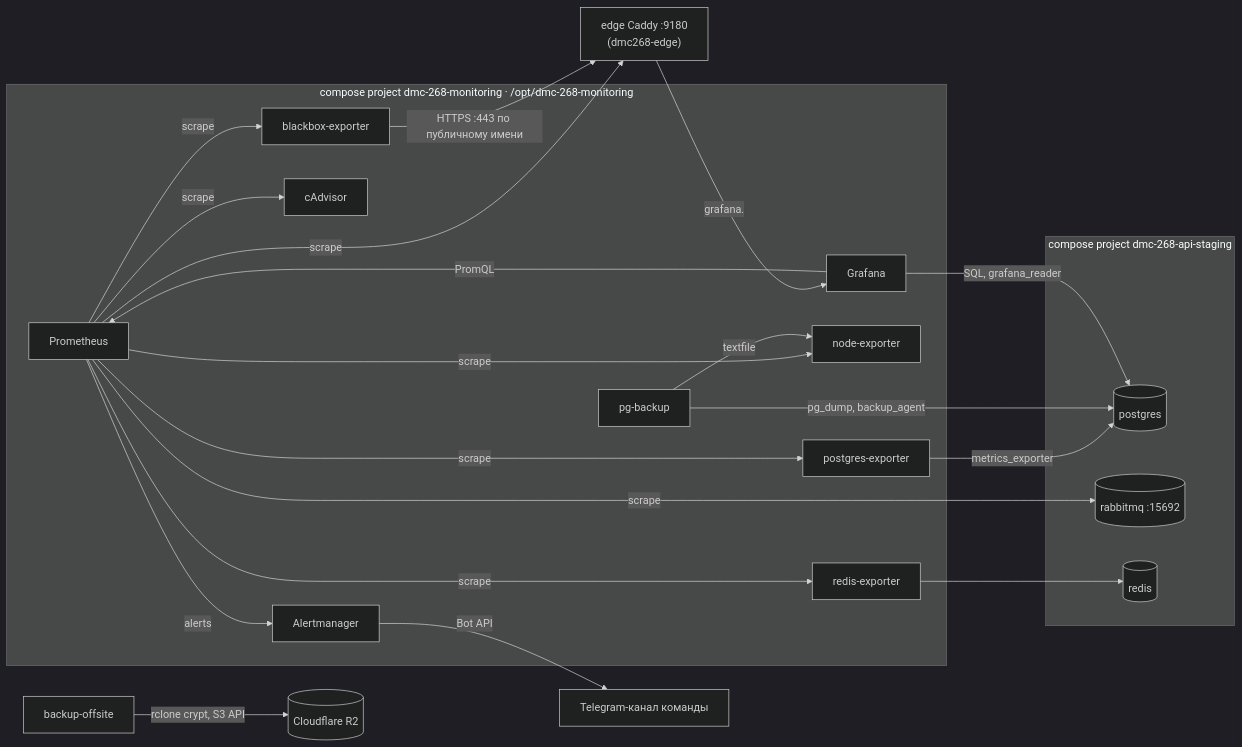
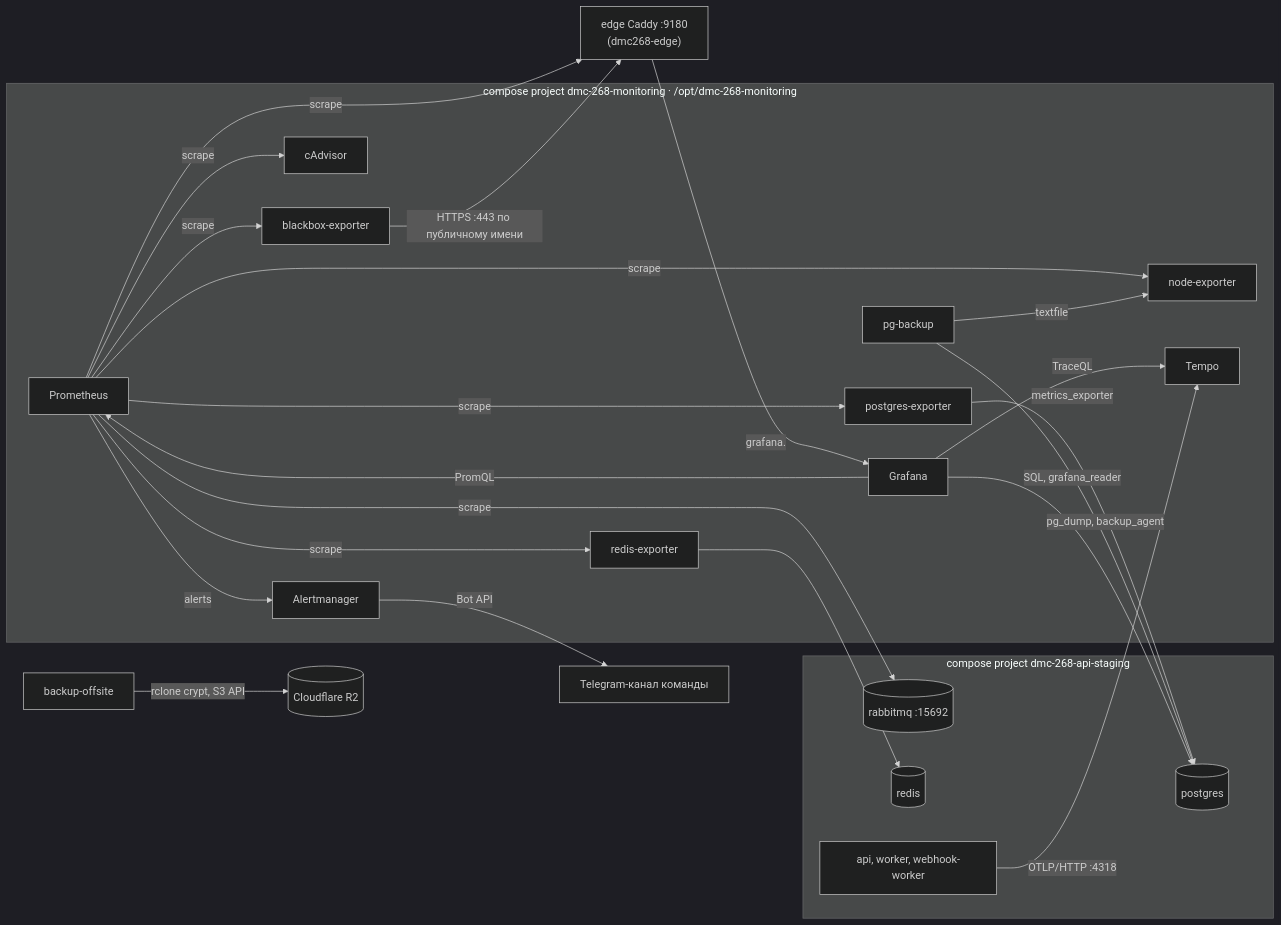
One commit to larchanka-training/dmc-268-api-t6 changed the diagram in docs/MONITORING.md. Above: the diagram before and after it, drawn with Mermaid (dark theme). The commit also changed other lines of this file and 25 other files, not shown here.

First line of the commit message:
feat(observability): trace runs to Tempo, JSON logs with run_id (#413)

````diff
--- a/docs/MONITORING.md
+++ b/docs/MONITORING.md
@@ -7,32 +7,36 @@
 ```mermaid
 flowchart LR
   subgraph mon["compose project dmc-268-monitoring · /opt/dmc-268-monitoring"]
     prom[Prometheus]
     am[Alertmanager]
     graf[Grafana]
     node[node-exporter]
     cadv[cAdvisor]
     pgx[postgres-exporter]
     rx[redis-exporter]
     bbx[blackbox-exporter]
     bk[pg-backup]
+    tempo[Tempo]
   end
   subgraph app["compose project dmc-268-api-staging"]
     pg[(postgres)]
     mq[(rabbitmq :15692)]
     redis[(redis)]
+    apps["api, worker, webhook-worker"]
   end
   caddy["edge Caddy :9180\n(dmc268-edge)"]
   prom -->|scrape| node & cadv & pgx & rx & mq & caddy & bbx
   bbx -->|"HTTPS :443 по публичному имени"| caddy
   pgx -->|metrics_exporter| pg
   bk -->|"pg_dump, backup_agent"| pg
   bk -->|textfile| node
   off[backup-offsite] -->|"rclone crypt, S3 API"| r2[("Cloudflare R2")]
   rx --> redis
   graf -->|PromQL| prom
+  apps -->|"OTLP/HTTP :4318"| tempo
+  graf -->|TraceQL| tempo
   graf -->|"SQL, grafana_reader"| pg
   prom -->|alerts| am
   am -->|Bot API| tg["Telegram-канал команды"]
   caddy -->|"grafana.<APP_DOMAIN>"| graf
 ```
````
